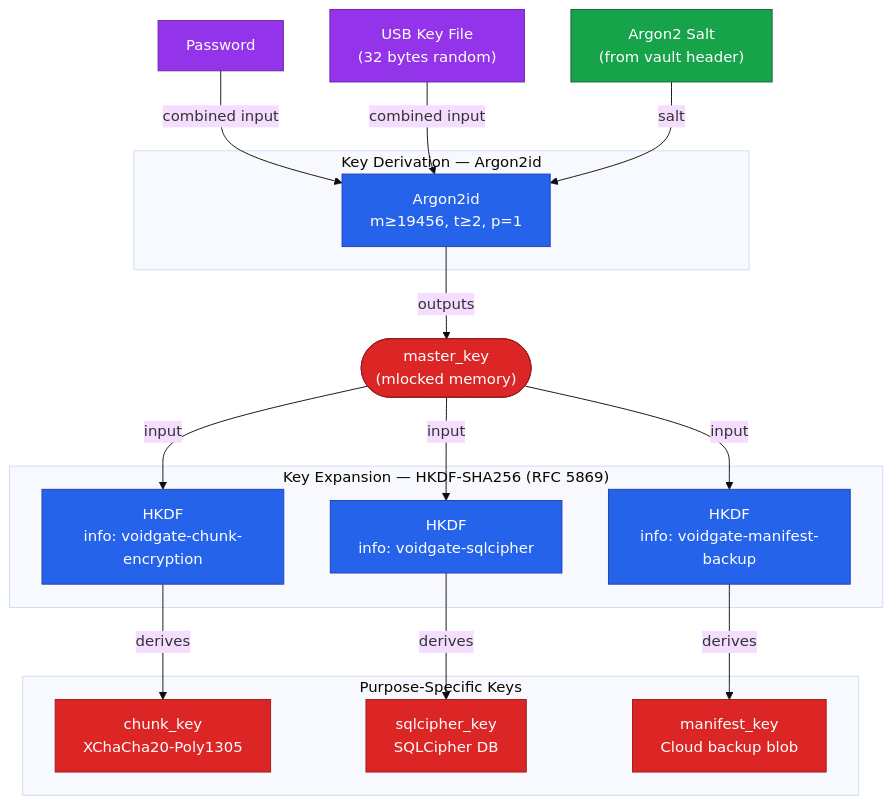
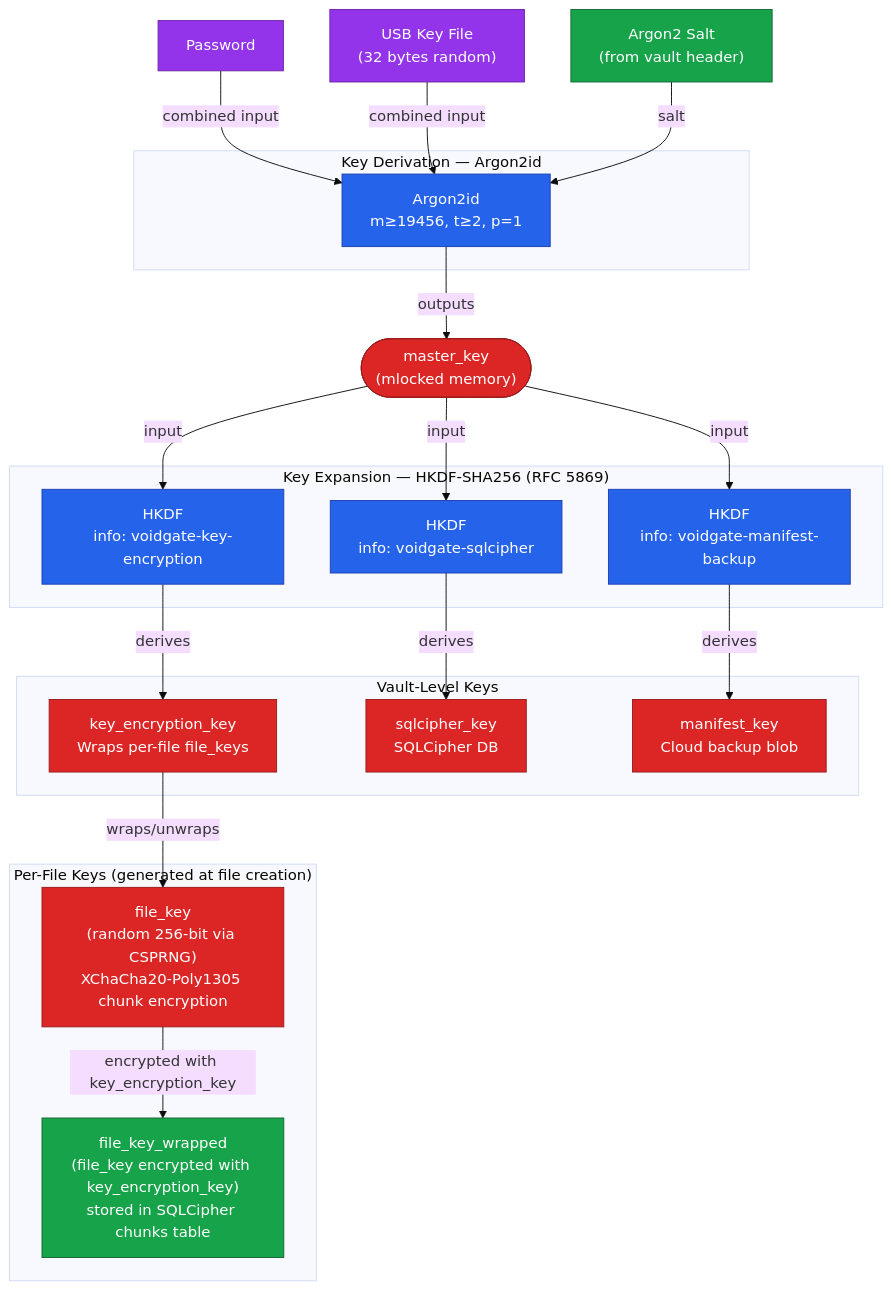
The diagram in docs/architecture/diagrams/key-derivation-tree.md (salgaard/arx-runa), drawn with Mermaid (base theme) before and after one commit. The commit also changed other lines of this file and 59 other files, not shown here.

````diff
--- a/docs/architecture/diagrams/key-derivation-tree.md
+++ b/docs/architecture/diagrams/key-derivation-tree.md
@@ -6,43 +6,51 @@
 ```mermaid
 flowchart TD
     PW["Password"]:::user
     KF["USB Key File\n(32 bytes random)"]:::user
     SALT["Argon2 Salt\n(from vault header)"]:::storage
 
     subgraph KDF ["Key Derivation — Argon2id"]
         ARGON["Argon2id\nm≥19456, t≥2, p=1"]:::crypto
     end
 
     MK_NODE(["master_key\n(mlocked memory)"]):::secret
 
     subgraph HKDF_LAYER ["Key Expansion — HKDF-SHA256 (RFC 5869)"]
-        HKDF1["HKDF\ninfo: voidgate-chunk-encryption"]:::crypto
+        HKDF1["HKDF\ninfo: voidgate-key-encryption"]:::crypto
         HKDF2["HKDF\ninfo: voidgate-sqlcipher"]:::crypto
         HKDF3["HKDF\ninfo: voidgate-manifest-backup"]:::crypto
     end
 
-    subgraph KEYS ["Purpose-Specific Keys"]
-        CK["chunk_key\nXChaCha20-Poly1305"]:::secret
+    subgraph VAULT_KEYS ["Vault-Level Keys"]
+        KEK["key_encryption_key\nWraps per-file file_keys"]:::secret
         SK["sqlcipher_key\nSQLCipher DB"]:::secret
         MK["manifest_key\nCloud backup blob"]:::secret
+    end
+
+    subgraph PER_FILE ["Per-File Keys (generated at file creation)"]
+        FK["file_key\n(random 256-bit via CSPRNG)\nXChaCha20-Poly1305 chunk encryption"]:::secret
+        FKW["file_key_wrapped\n(file_key encrypted with key_encryption_key)\nstored in SQLCipher chunks table"]:::storage
     end
 
     PW -->|"combined input"| ARGON
     KF -->|"combined input"| ARGON
     SALT -->|"salt"| ARGON
 
     ARGON -->|"outputs"| MK_NODE
 
     MK_NODE -->|"input"| HKDF1
     MK_NODE -->|"input"| HKDF2
     MK_NODE -->|"input"| HKDF3
 
-    HKDF1 -->|"derives"| CK
+    HKDF1 -->|"derives"| KEK
     HKDF2 -->|"derives"| SK
     HKDF3 -->|"derives"| MK
+
+    KEK -->|"wraps/unwraps"| FK
+    FK -->|"encrypted with key_encryption_key"| FKW
 
     classDef secret fill:#dc2626,stroke:#991b1b,color:#fff
     classDef crypto fill:#2563eb,stroke:#1e40af,color:#fff
     classDef storage fill:#16a34a,stroke:#166534,color:#fff
     classDef user fill:#9333ea,stroke:#6b21a8,color:#fff
 ```
````
